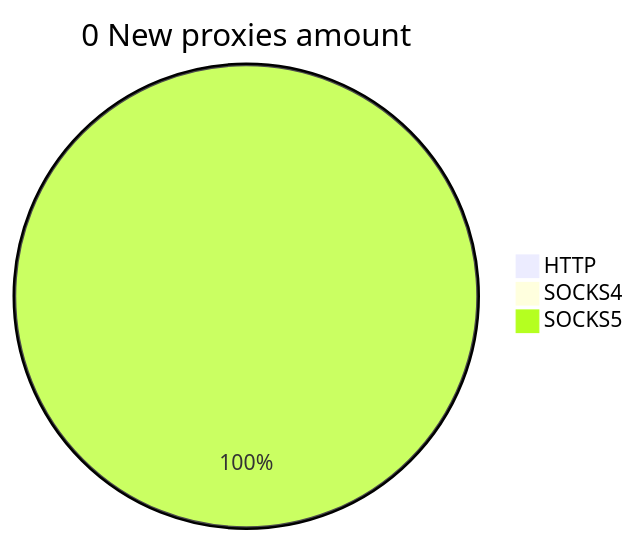
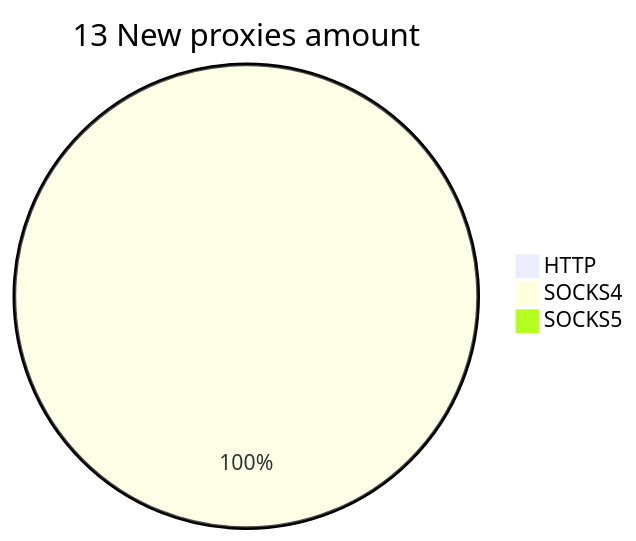
Before and after one commit to cutipu/proxylist: the second of 2 diagrams in README.md, drawn with Mermaid. The commit also changed other lines of this file, not shown here.

````diff
--- a/README.md
+++ b/README.md
@@ -10,6 +10,6 @@
 ```mermaid
-pie title 0 New proxies amount
+pie title 13 New proxies amount
     "HTTP" : 0
-    "SOCKS4" : 0
-    "SOCKS5" : 1
+    "SOCKS4" : 15
+    "SOCKS5" : 0
 ```
````
